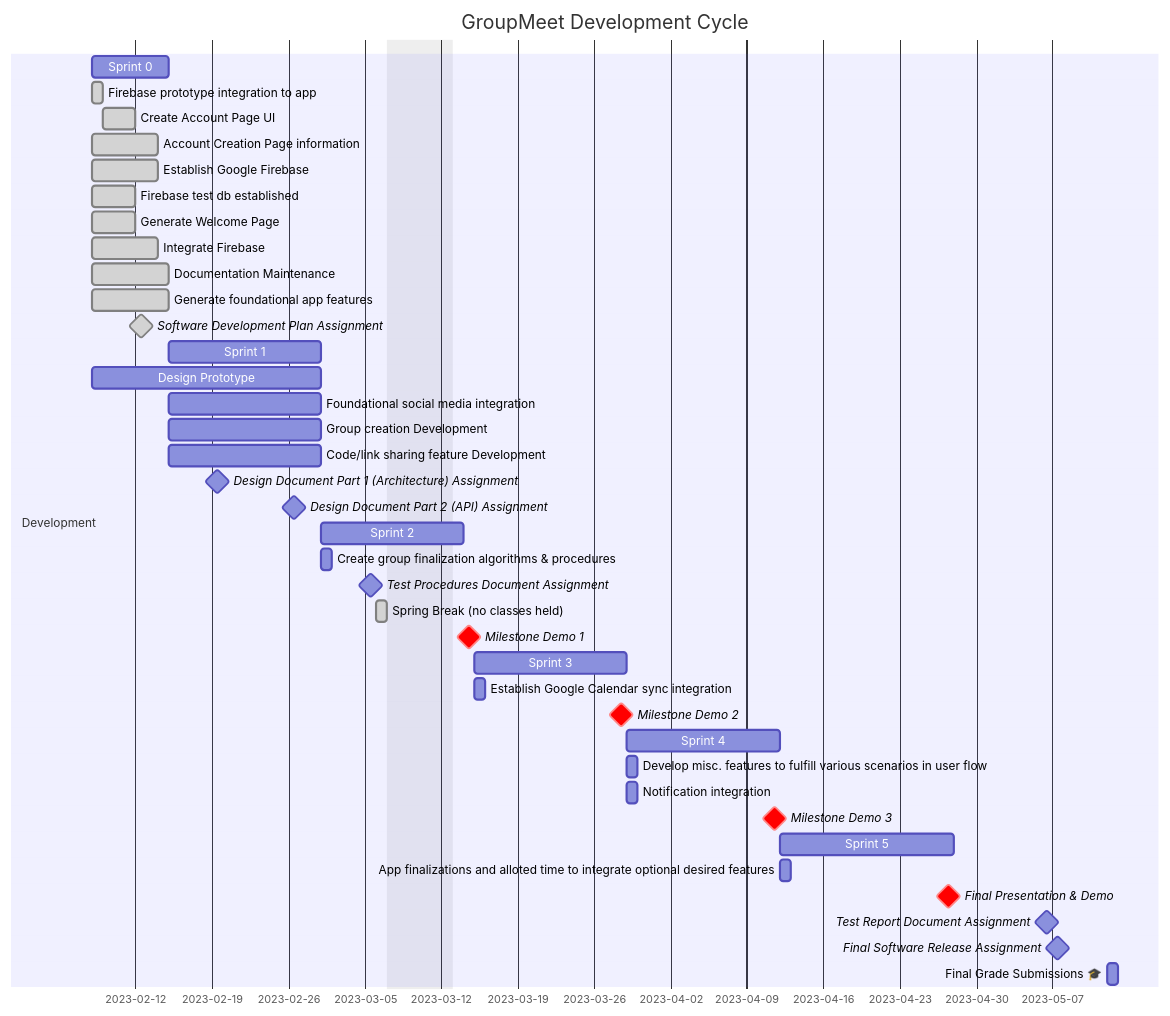
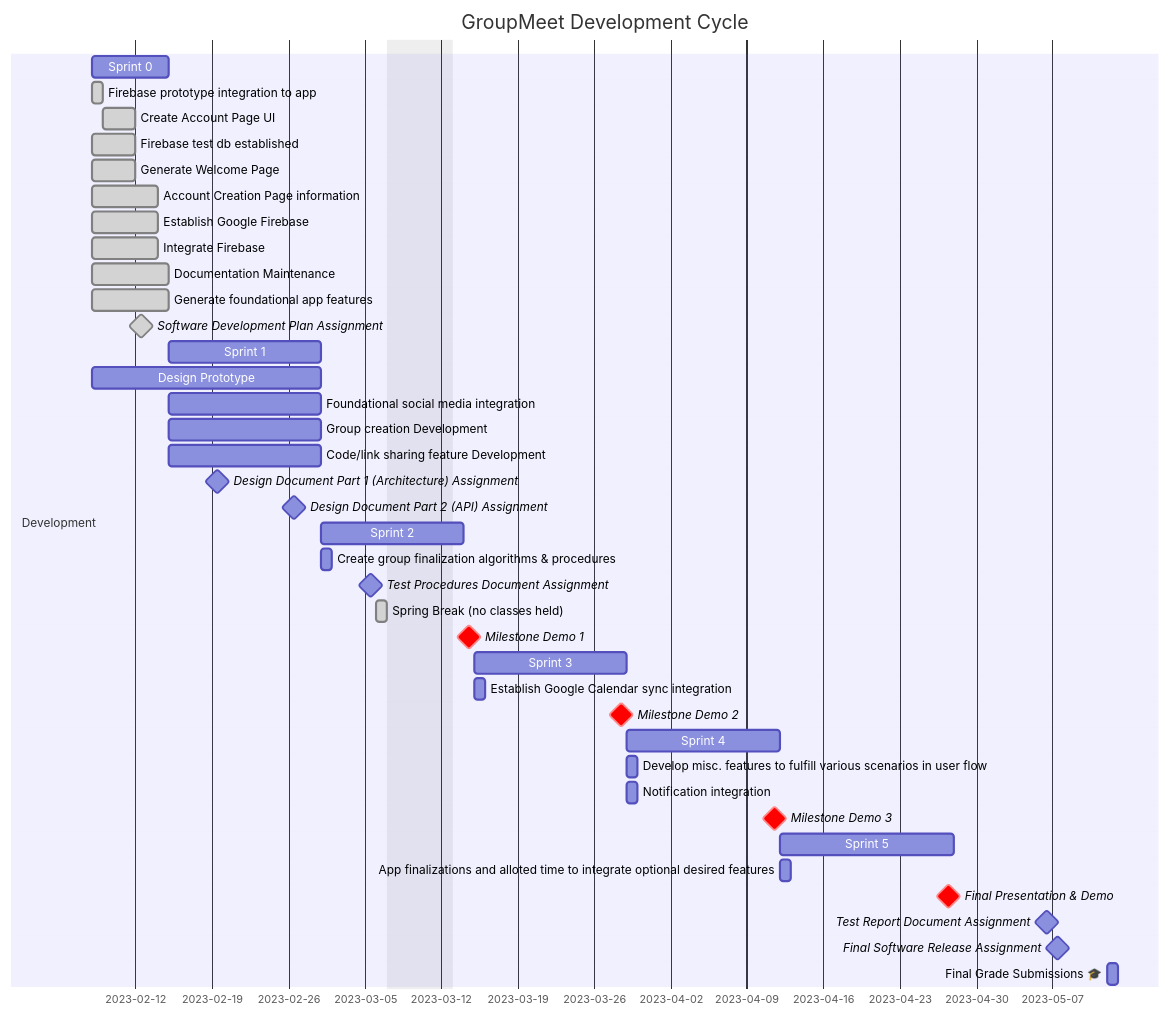
One commit to Capstone-Projects-2023-Spring/project-groupmeet changed the diagram in documentation/docs/development-plan/schedule.md. Above: the diagram before and after it, drawn with Mermaid. The commit also changed other lines of this file, not shown here.

```diff
--- a/documentation/docs/development-plan/schedule.md
+++ b/documentation/docs/development-plan/schedule.md
@@ -16,13 +16,13 @@
         section Development 
          Create Account Page UI:  done, 2023-02-09, 3d
         section Development 
+         Firebase test db established:  done, 2023-02-08,4d
+        section Development 
+         Generate Welcome Page:  done, 2023-02-08, 4d
+        section Development 
          Account Creation Page information:  done, 2023-02-08, 6d
         section Development 
          Establish Google Firebase:  done, 2023-02-08, 6d
-        section Development 
-         Firebase test db established:  done, 2023-02-08,4d
-        section Development 
-         Generate Welcome Page:  done, 2023-02-08, 4d
         section Development 
          Integrate Firebase:  done, 2023-02-08, 6d
         section Development 
```
